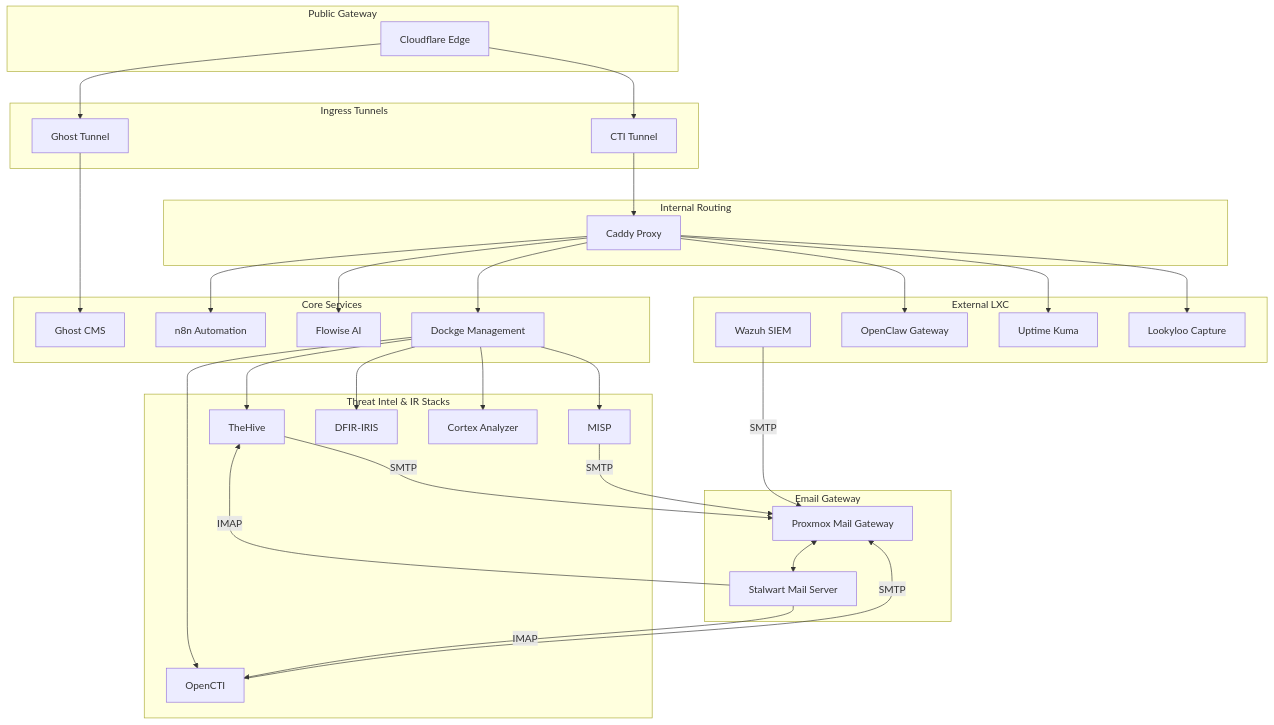
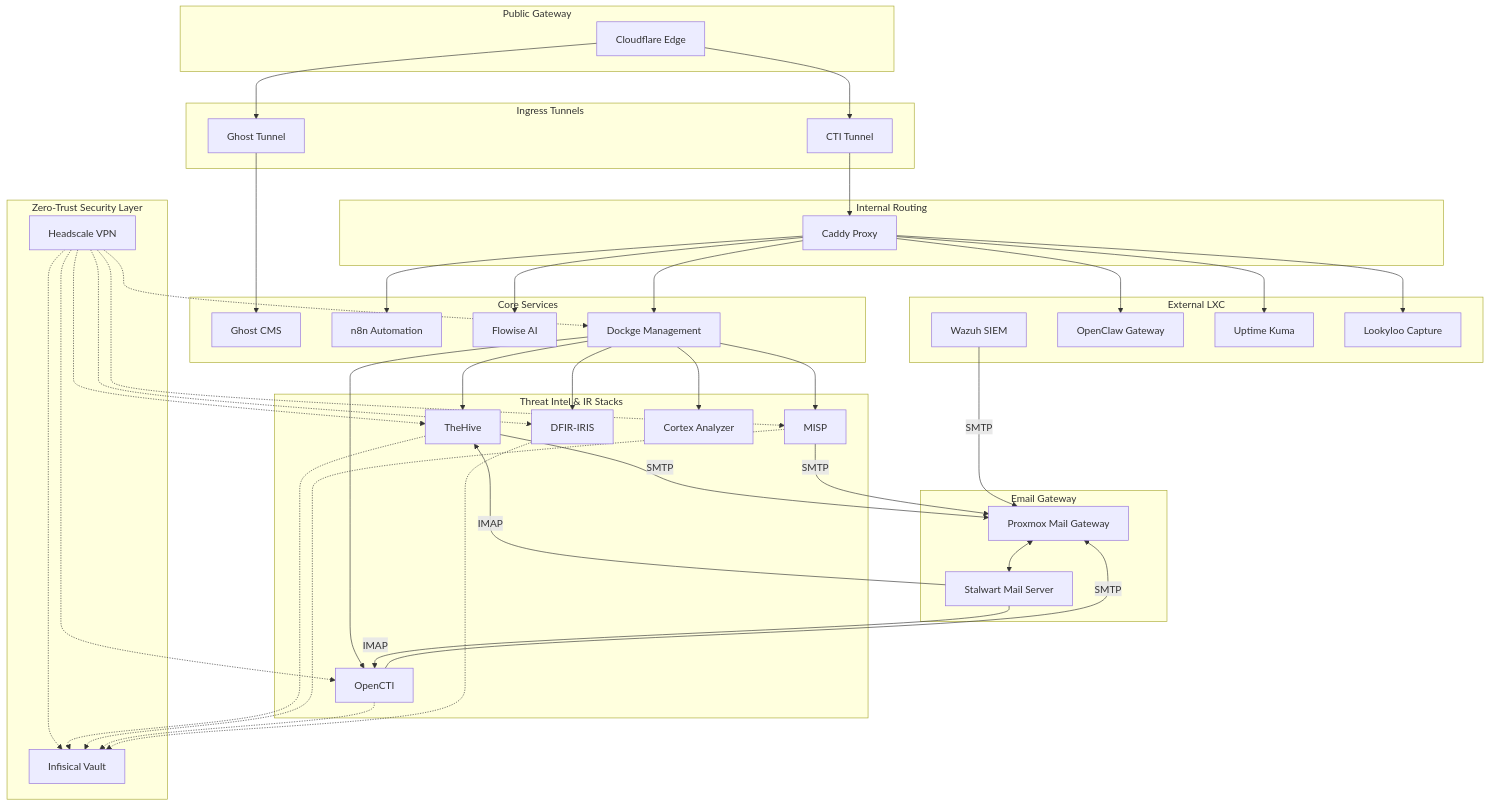
One commit to JazenaYLA/threatlabs-cti-stack changed the diagram in README.md. Above: the diagram before and after it, drawn with Mermaid. The commit also changed other lines of this file and 1 other file, not shown here.

Commit message:
docs: specific enterprise README and dual-architecture documentation

````diff
--- a/README.md
+++ b/README.md
@@ -9,58 +11,70 @@
 ```mermaid
-    graph TD
-
+graph TD
     subgraph "Public Gateway"
         CF[Cloudflare Edge]
     end
 
     subgraph "Ingress Tunnels"
         GT[Ghost Tunnel]
         CT[CTI Tunnel]
     end
 
     subgraph "Internal Routing"
         Caddy[Caddy Proxy]
+    end
+
+    subgraph "Zero-Trust Security Layer"
+        Infisical[Infisical Vault]
+        Headscale[Headscale VPN]
     end
 
     subgraph "Core Services"
         Ghost[Ghost CMS]
         n8n[n8n Automation]
         Flowise[Flowise AI]
         Dockge[Dockge Management]
     end
 
     subgraph "Threat Intel & IR Stacks"
         TheHive[TheHive]
         MISP[MISP]
         OpenCTI[OpenCTI]
         IRIS[DFIR-IRIS]
         Cortex[Cortex Analyzer]
     end
 
     subgraph "External LXC"
         Wazuh[Wazuh SIEM]
         OpenClaw[OpenClaw Gateway]
         Kuma[Uptime Kuma]
         Lookyloo[Lookyloo Capture]
     end
 
     subgraph "Email Gateway"
         PMG[Proxmox Mail Gateway]
         Stalwart[Stalwart Mail Server]
     end
 
-    %% Routing
+    %% Edge Routing
     CF --> GT & CT
     GT --> Ghost
     CT --> Caddy
     
+    %% VPN Mesh Routing
+    Headscale -.-> Dockge & TheHive & OpenCTI & MISP & IRIS & Infisical
+    
+    %% Proxied Web Traffic
     Caddy --> n8n & Flowise & Dockge & OpenClaw & Kuma & Lookyloo
     
+    %% Management Path
     Dockge --> TheHive & MISP & OpenCTI & IRIS & Cortex
+    
+    %% Secrets Fetch Path
+    TheHive & MISP & OpenCTI & IRIS -.-> Infisical
     
     %% Email Flow
     PMG <--> Stalwart
     TheHive & MISP & OpenCTI -- SMTP --> PMG
     Stalwart -- IMAP --> TheHive & OpenCTI
     Wazuh -- SMTP --> PMG
 ```
````
